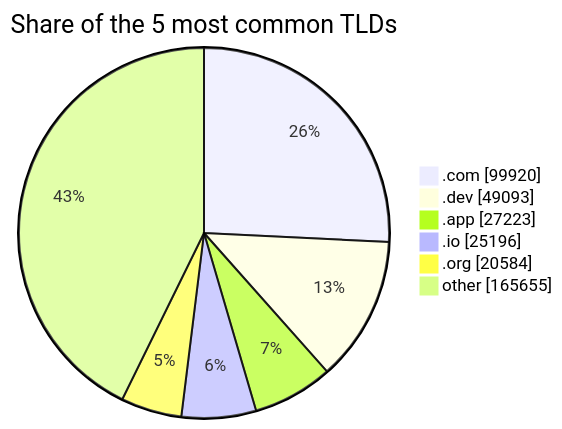
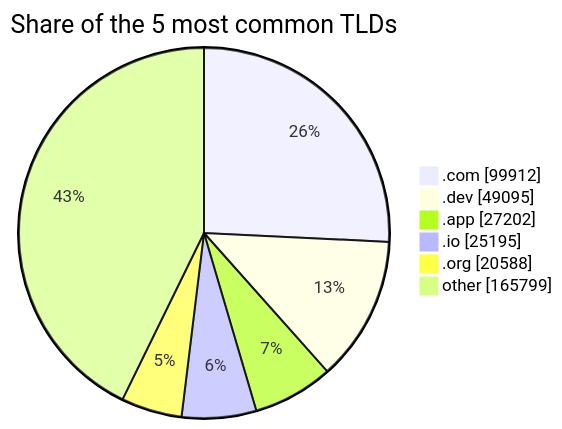
Before and after one commit to DNSBunker/CTI: the third of 3 diagrams in README.md, drawn with Mermaid. The commit also changed other lines of this file and 3 other files, not shown here.

````diff
--- a/README.md
+++ b/README.md
@@ -81,9 +81,9 @@
 ```mermaid
 pie showData title Share of the 5 most common TLDs
-    ".com" : 99920
-    ".dev" : 49093
-    ".app" : 27223
-    ".io" : 25196
-    ".org" : 20584
-    "other" : 165655
+    ".com" : 99912
+    ".dev" : 49095
+    ".app" : 27202
+    ".io" : 25195
+    ".org" : 20588
+    "other" : 165799
 ```
````
